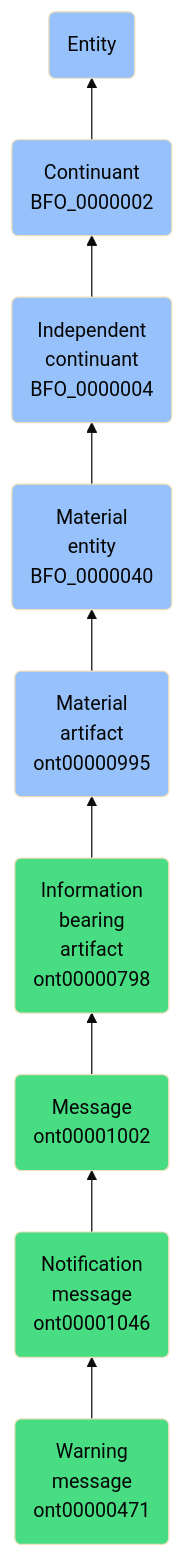
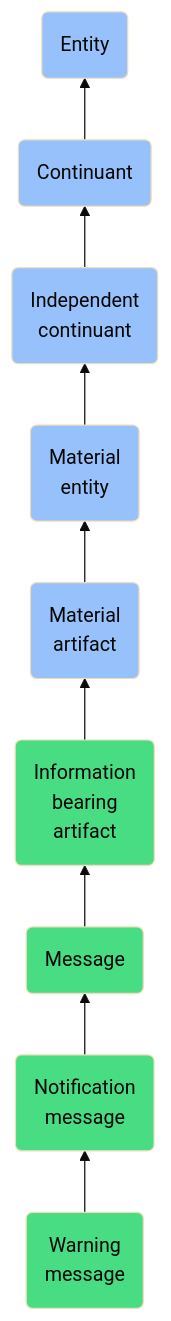
One commit to jupyter-naas/abi changed the diagram in docs/ontology/reference/model/Entity/Continuant/Independent continuant/Material entity/Material artifact/Information bearing artifact/Message/Notification message/Warning message/Warning message.md. Above: the diagram before and after it, drawn with Mermaid (base theme). The commit also changed other lines of this file and 1430 other files, not shown here.

````diff
--- a/docs/ontology/reference/model/Entity/Continuant/Independent continuant/Material entity/Material artifact/Information bearing artifact/Message/Notification message/Warning message/Warning message.md
+++ b/docs/ontology/reference/model/Entity/Continuant/Independent continuant/Material entity/Material artifact/Information bearing artifact/Message/Notification message/Warning message/Warning message.md
@@ -24,16 +24,16 @@
 ```mermaid
 graph BT
-    ont00000471(Warning<br>message<br>ont00000471):::ABI-->ont00001046
-    ont00001046(Notification<br>message<br>ont00001046):::ABI-->ont00001002
-    ont00001002(Message<br>ont00001002):::ABI-->ont00000798
-    ont00000798(Information<br>bearing<br>artifact<br>ont00000798):::ABI-->ont00000995
-    ont00000995(Material<br>artifact<br>ont00000995):::BFO-->BFO_0000040
-    BFO_0000040(Material<br>entity<br>BFO_0000040):::BFO-->BFO_0000004
-    BFO_0000004(Independent<br>continuant<br>BFO_0000004):::BFO-->BFO_0000002
-    BFO_0000002(Continuant<br>BFO_0000002):::BFO-->BFO_0000001
+    ont00000471(Warning<br>message):::ABI-->ont00001046
+    ont00001046(Notification<br>message):::ABI-->ont00001002
+    ont00001002(Message):::ABI-->ont00000798
+    ont00000798(Information<br>bearing<br>artifact):::ABI-->ont00000995
+    ont00000995(Material<br>artifact):::BFO-->BFO_0000040
+    BFO_0000040(Material<br>entity):::BFO-->BFO_0000004
+    BFO_0000004(Independent<br>continuant):::BFO-->BFO_0000002
+    BFO_0000002(Continuant):::BFO-->BFO_0000001
     BFO_0000001(Entity):::BFO
     
     classDef BFO fill:#97c1fb,color:#060606
     classDef CCO fill:#e4c51e,color:#060606
     classDef ABI fill:#48DD82,color:#060606
 ```
````
